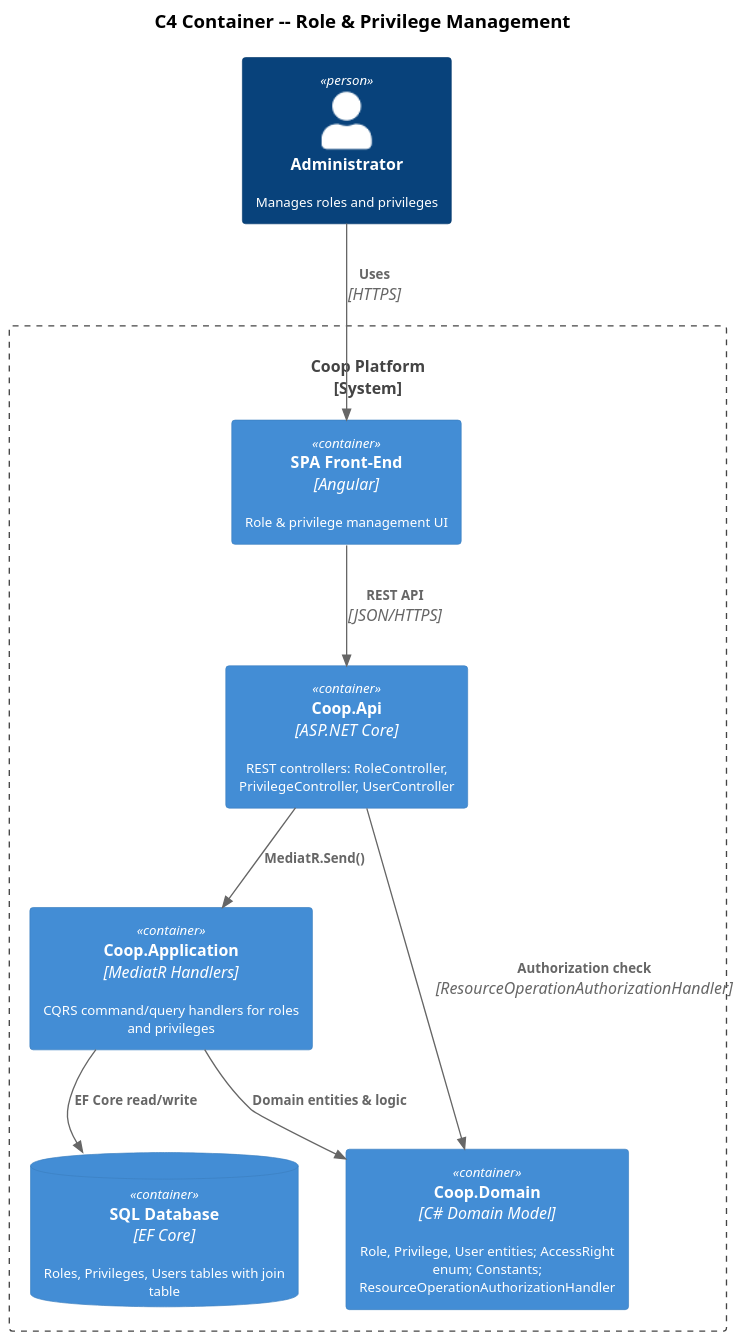
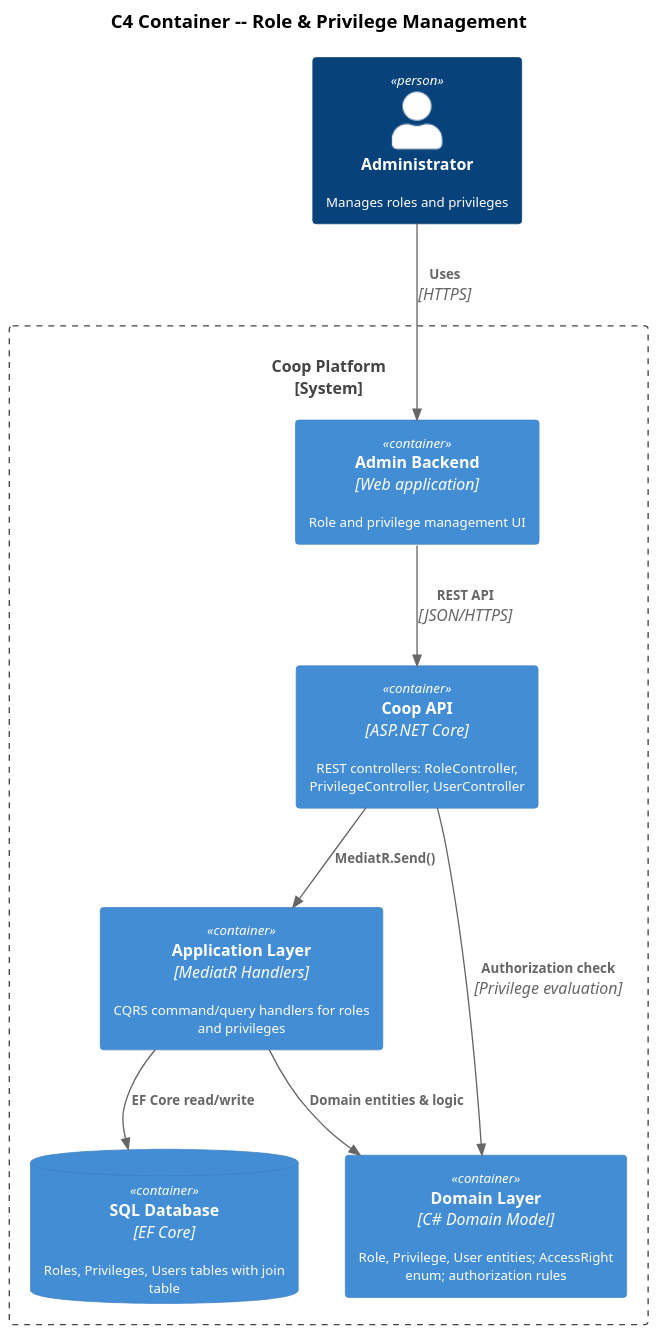
The diagram in docs/detailed-designs/03-role-and-privilege-management/c4-container.puml (QuinntyneBrown/Coop), drawn with PlantUML before and after one commit. The commit also changed 4 other files, not shown here.

Commit message:
Update auth, role management, event sourcing diagrams and solution hierarchy

```diff
--- a/docs/detailed-designs/03-role-and-privilege-management/c4-container.puml
+++ b/docs/detailed-designs/03-role-and-privilege-management/c4-container.puml
@@ -1,26 +1,26 @@
 @startuml
 !include https://raw.githubusercontent.com/plantuml-stdlib/C4-PlantUML/master/C4_Container.puml
 
 skinparam dpi 150
 skinparam defaultFontSize 10
 
 title C4 Container -- Role & Privilege Management
 
 Person(admin, "Administrator", "Manages roles and privileges")
 
 System_Boundary(coop, "Coop Platform") {
-  Container(spa, "SPA Front-End", "Angular", "Role & privilege management UI")
-  Container(api, "Coop.Api", "ASP.NET Core", "REST controllers: RoleController, PrivilegeController, UserController")
-  Container(app, "Coop.Application", "MediatR Handlers", "CQRS command/query handlers for roles and privileges")
-  Container(domain, "Coop.Domain", "C# Domain Model", "Role, Privilege, User entities; AccessRight enum; Constants; ResourceOperationAuthorizationHandler")
+  Container(adminApp, "Admin Backend", "Web application", "Role and privilege management UI")
+  Container(api, "Coop API", "ASP.NET Core", "REST controllers: RoleController, PrivilegeController, UserController")
+  Container(app, "Application Layer", "MediatR Handlers", "CQRS command/query handlers for roles and privileges")
+  Container(domain, "Domain Layer", "C# Domain Model", "Role, Privilege, User entities; AccessRight enum; authorization rules")
   ContainerDb(db, "SQL Database", "EF Core", "Roles, Privileges, Users tables with join table")
 }
 
-Rel(admin, spa, "Uses", "HTTPS")
-Rel(spa, api, "REST API", "JSON/HTTPS")
+Rel(admin, adminApp, "Uses", "HTTPS")
+Rel(adminApp, api, "REST API", "JSON/HTTPS")
 Rel(api, app, "MediatR.Send()")
 Rel(app, domain, "Domain entities & logic")
 Rel(app, db, "EF Core read/write")
-Rel(api, domain, "Authorization check", "ResourceOperationAuthorizationHandler")
+Rel(api, domain, "Authorization check", "Privilege evaluation")
 
 @enduml
```
